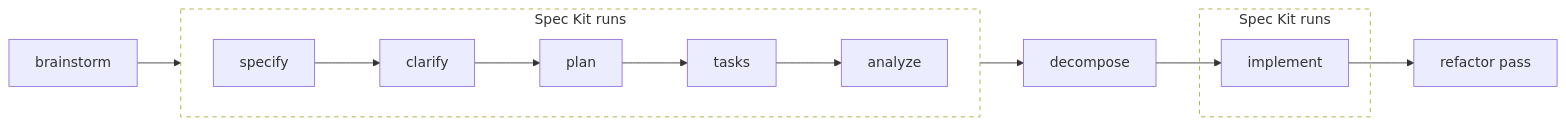
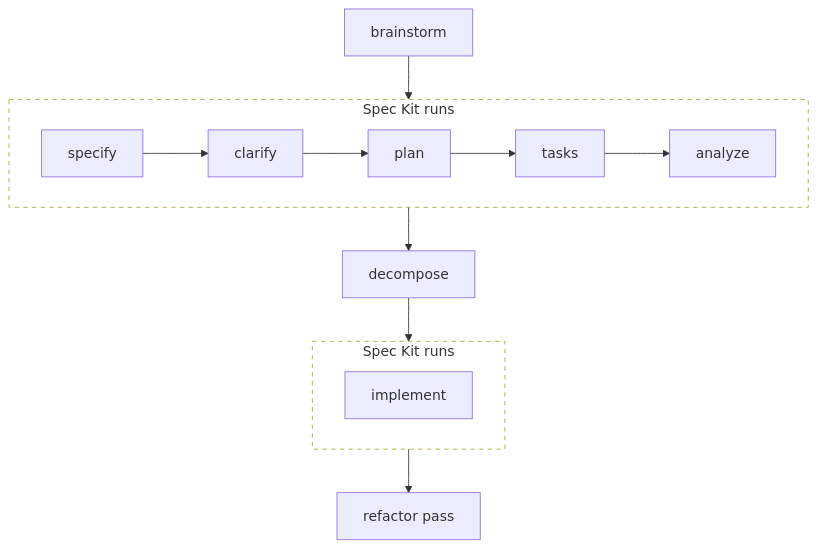
One commit to aamarin/wfctl changed the third of 3 diagrams in README.md. Above: the diagram before and after it, drawn with Mermaid.

Commit message:
docs(readme): stack the ownership chart downward, with Spec Kit's steps across (#478)
Drawn left to right, the chart put nine nodes in one row, and GitHub scaled
it down until the labels were hard to read. The main flow now runs top to
bottom, and only the five steps inside the first Spec Kit box run across.

The edges now attach to the dashed boxes rather than to the nodes inside
them. Mermaid ignores a subgraph's own direction when an edge crosses its
border, so the earlier chart's `direction LR` was never applied.

Claude-Session: https://claude.ai/code/session_01XsXa4XhuQUfK33JAJWdQNC

````diff
--- a/README.md
+++ b/README.md
@@ -187,15 +187,15 @@
 ```mermaid
-flowchart LR
-    B["brainstorm"] --> S1
+flowchart TD
+    B["brainstorm"] --> SK1
     subgraph SK1["Spec Kit runs"]
         direction LR
         S1["specify"] --> S2["clarify"] --> S3["plan"] --> S4["tasks"] --> S5["analyze"]
     end
-    S5 --> D["decompose"] --> I
+    SK1 --> D["decompose"] --> SK2
     subgraph SK2["Spec Kit runs"]
         I["implement"]
     end
-    I --> R["refactor pass"]
+    SK2 --> R["refactor pass"]
     style SK1 fill:none,stroke-dasharray: 5 5
     style SK2 fill:none,stroke-dasharray: 5 5
 ```
````
